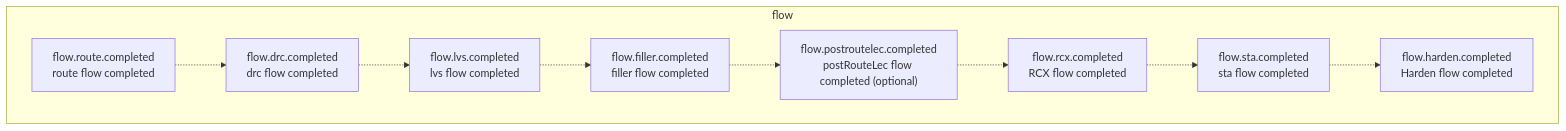
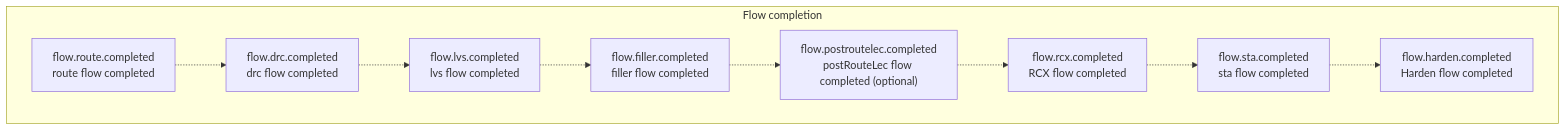
Before and after one commit to openecos-projects/ecc: the seventh of 45 diagrams in .github/signoff-board/signoff-kanban.md, drawn with Mermaid. The commit also changed other lines of this file and 4 other files, not shown here.

````diff
--- a/.github/signoff-board/signoff-kanban.md
+++ b/.github/signoff-board/signoff-kanban.md
@@ -93,20 +262,20 @@
 ```mermaid
 flowchart TB
-  subgraph cat_flow["flow"]
+  subgraph cat_flow["Flow completion"]
     flow_route_completed["flow.route.completed<br/>route flow completed"]
     flow_drc_completed["flow.drc.completed<br/>drc flow completed"]
     flow_lvs_completed["flow.lvs.completed<br/>lvs flow completed"]
     flow_filler_completed["flow.filler.completed<br/>filler flow completed"]
     flow_postroutelec_completed["flow.postroutelec.completed<br/>postRouteLec flow completed (optional)"]
     flow_rcx_completed["flow.rcx.completed<br/>RCX flow completed"]
     flow_sta_completed["flow.sta.completed<br/>sta flow completed"]
     flow_harden_completed["flow.harden.completed<br/>Harden flow completed"]
   end
   flow_route_completed -.-> flow_drc_completed
   flow_drc_completed -.-> flow_lvs_completed
   flow_lvs_completed -.-> flow_filler_completed
   flow_filler_completed -.-> flow_postroutelec_completed
   flow_postroutelec_completed -.-> flow_rcx_completed
   flow_rcx_completed -.-> flow_sta_completed
   flow_sta_completed -.-> flow_harden_completed
 ```
````
